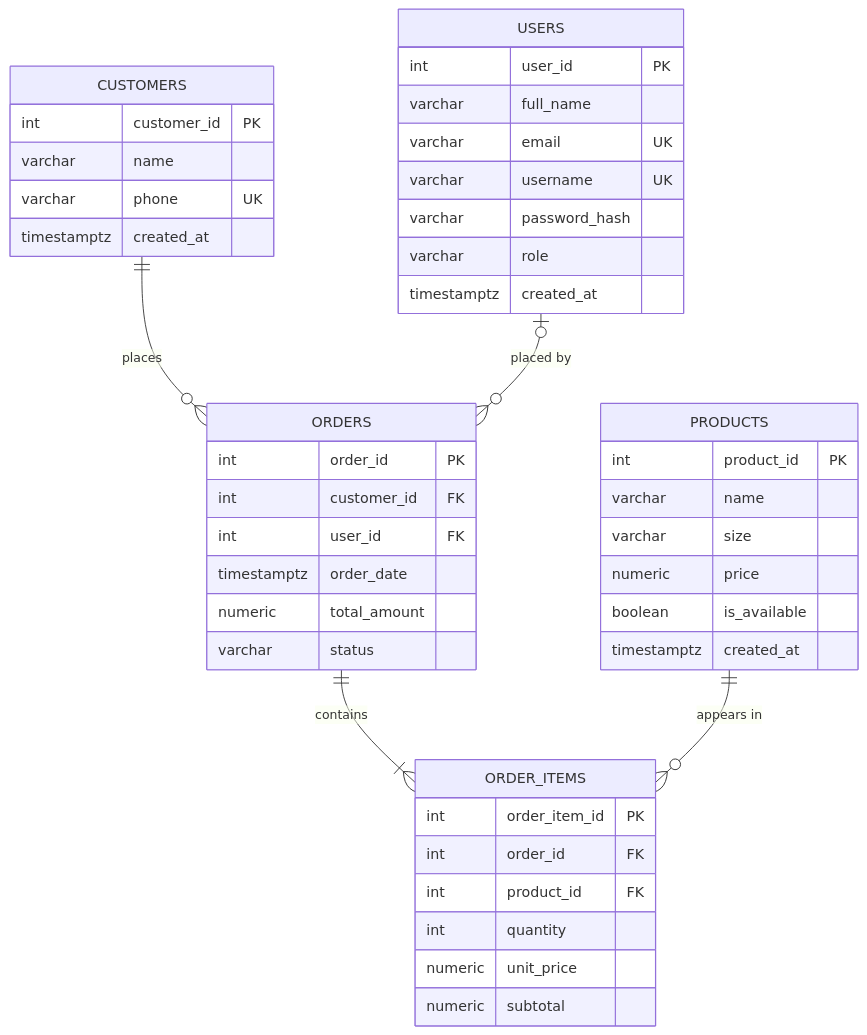
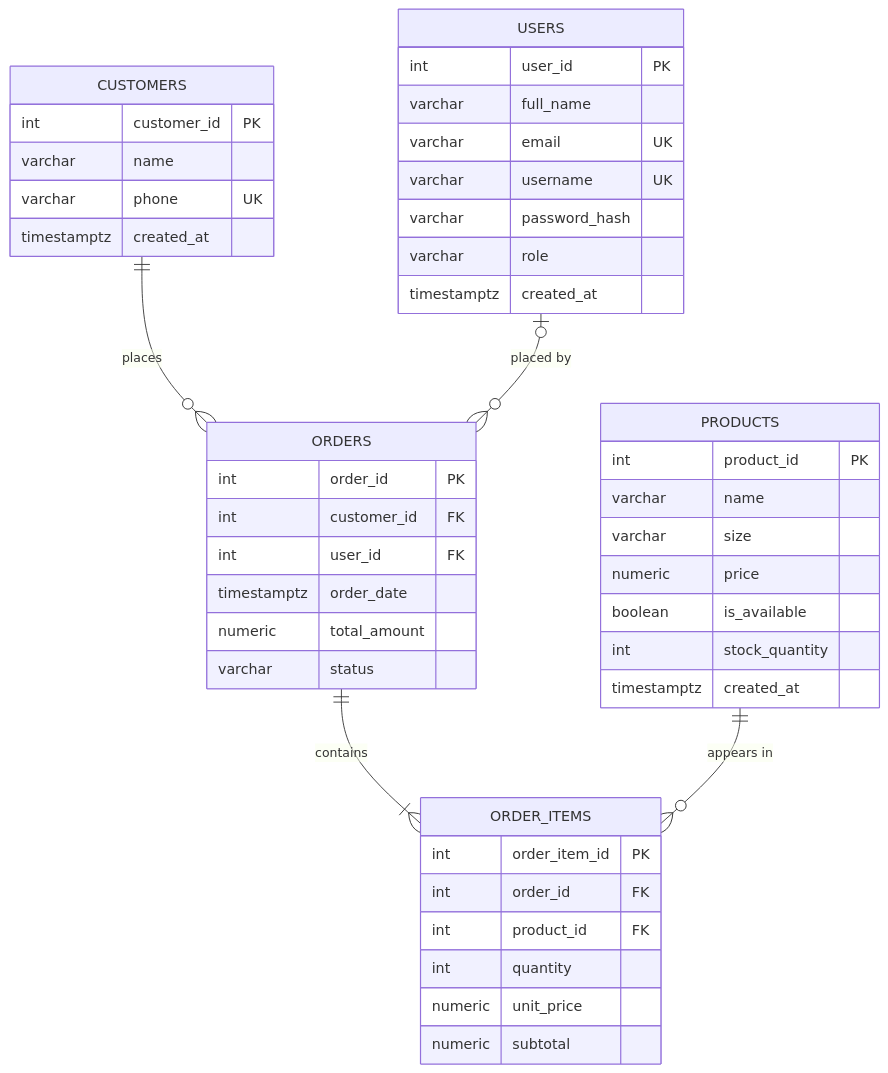
The diagram in docs/04-architecture/database-erd.md (samad-k-shaik/dairycart), drawn with Mermaid before and after one commit. The commit also changed other lines of this file and 31 other files, not shown here.

````diff
--- a/docs/04-architecture/database-erd.md
+++ b/docs/04-architecture/database-erd.md
@@ -5,47 +5,48 @@
 ```mermaid
 erDiagram
     CUSTOMERS ||--o{ ORDERS : places
     USERS |o--o{ ORDERS : "placed by"
     ORDERS ||--|{ ORDER_ITEMS : contains
     PRODUCTS ||--o{ ORDER_ITEMS : "appears in"
 
     CUSTOMERS {
         int customer_id PK
         varchar name
         varchar phone UK
         timestamptz created_at
     }
     PRODUCTS {
         int product_id PK
         varchar name
         varchar size
         numeric price
         boolean is_available
+        int stock_quantity
         timestamptz created_at
     }
     ORDERS {
         int order_id PK
         int customer_id FK
         int user_id FK
         timestamptz order_date
         numeric total_amount
         varchar status
     }
     ORDER_ITEMS {
         int order_item_id PK
         int order_id FK
         int product_id FK
         int quantity
         numeric unit_price
         numeric subtotal
     }
     USERS {
         int user_id PK
         varchar full_name
         varchar email UK
         varchar username UK
         varchar password_hash
         varchar role
         timestamptz created_at
     }
 ```
````
